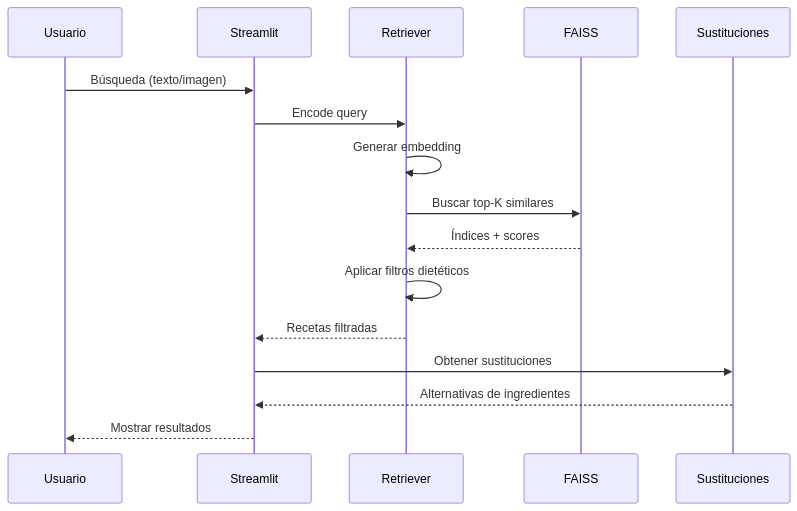
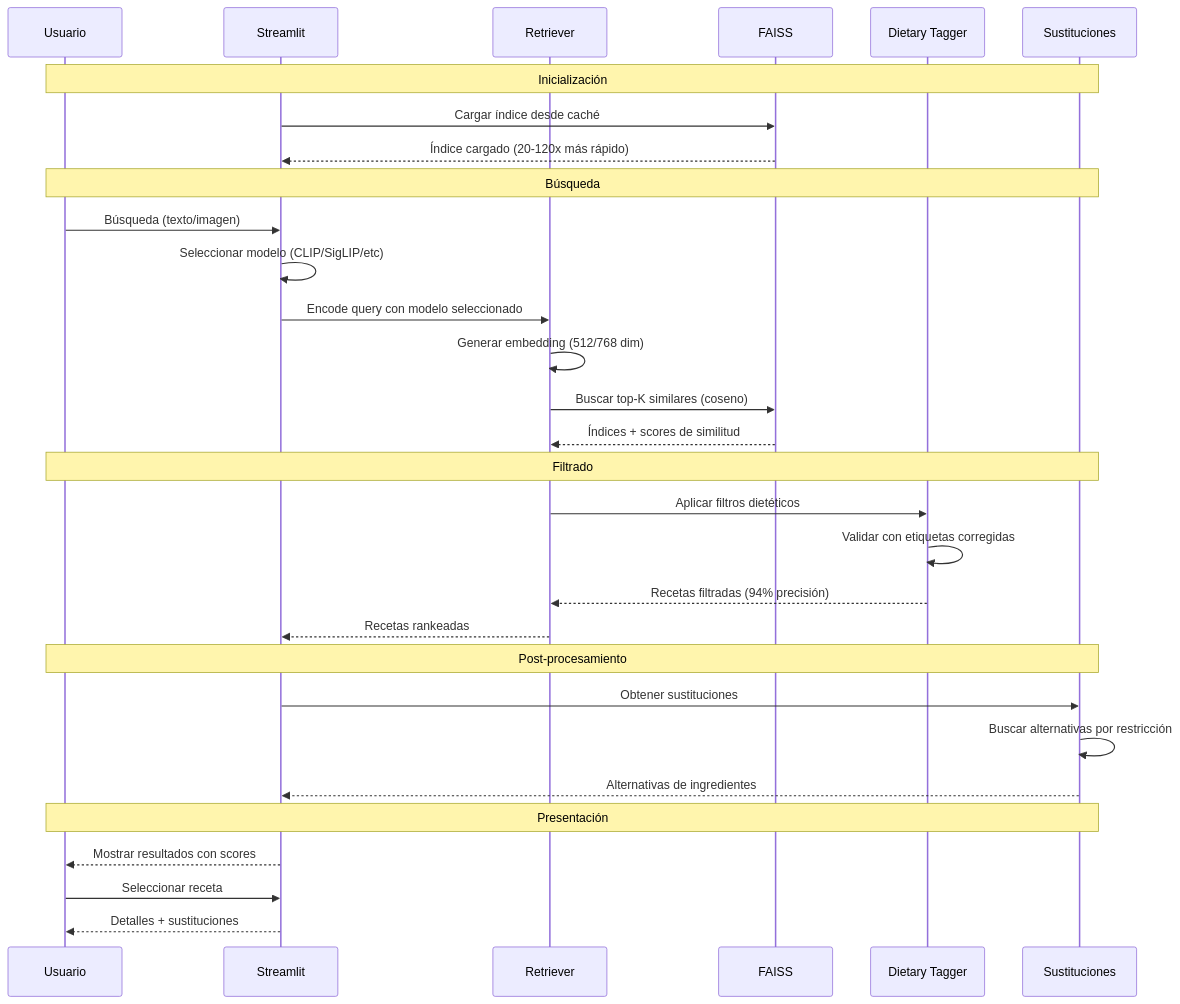
The second of 2 diagrams in README.md (martinbrocca/CEIA-VIT), drawn with Mermaid before and after one commit. The commit also changed other lines of this file and 41 other files, not shown here.

````diff
--- a/README.md
+++ b/README.md
@@ -64,19 +163,37 @@
 ```mermaid
 sequenceDiagram
     participant U as Usuario
     participant App as Streamlit
     participant R as Retriever
     participant F as FAISS
+    participant D as Dietary Tagger
     participant S as Sustituciones
     
+    Note over U,S: Inicialización
+    App->>F: Cargar índice desde caché
+    F-->>App: Índice cargado (20-120x más rápido)
+    
+    Note over U,S: Búsqueda
     U->>App: Búsqueda (texto/imagen)
-    App->>R: Encode query
-    R->>R: Generar embedding
-    R->>F: Buscar top-K similares
-    F-->>R: Índices + scores
-    R->>R: Aplicar filtros dietéticos
-    R-->>App: Recetas filtradas
+    App->>App: Seleccionar modelo (CLIP/SigLIP/etc)
+    App->>R: Encode query con modelo seleccionado
+    R->>R: Generar embedding (512/768 dim)
+    R->>F: Buscar top-K similares (coseno)
+    F-->>R: Índices + scores de similitud
+    
+    Note over U,S: Filtrado
+    R->>D: Aplicar filtros dietéticos
+    D->>D: Validar con etiquetas corregidas
+    D-->>R: Recetas filtradas (94% precisión)
+    R-->>App: Recetas rankeadas
+    
+    Note over U,S: Post-procesamiento
     App->>S: Obtener sustituciones
+    S->>S: Buscar alternativas por restricción
     S-->>App: Alternativas de ingredientes
-    App-->>U: Mostrar resultados
+    
+    Note over U,S: Presentación
+    App-->>U: Mostrar resultados con scores
+    U->>App: Seleccionar receta
+    App-->>U: Detalles + sustituciones
 ```
````
